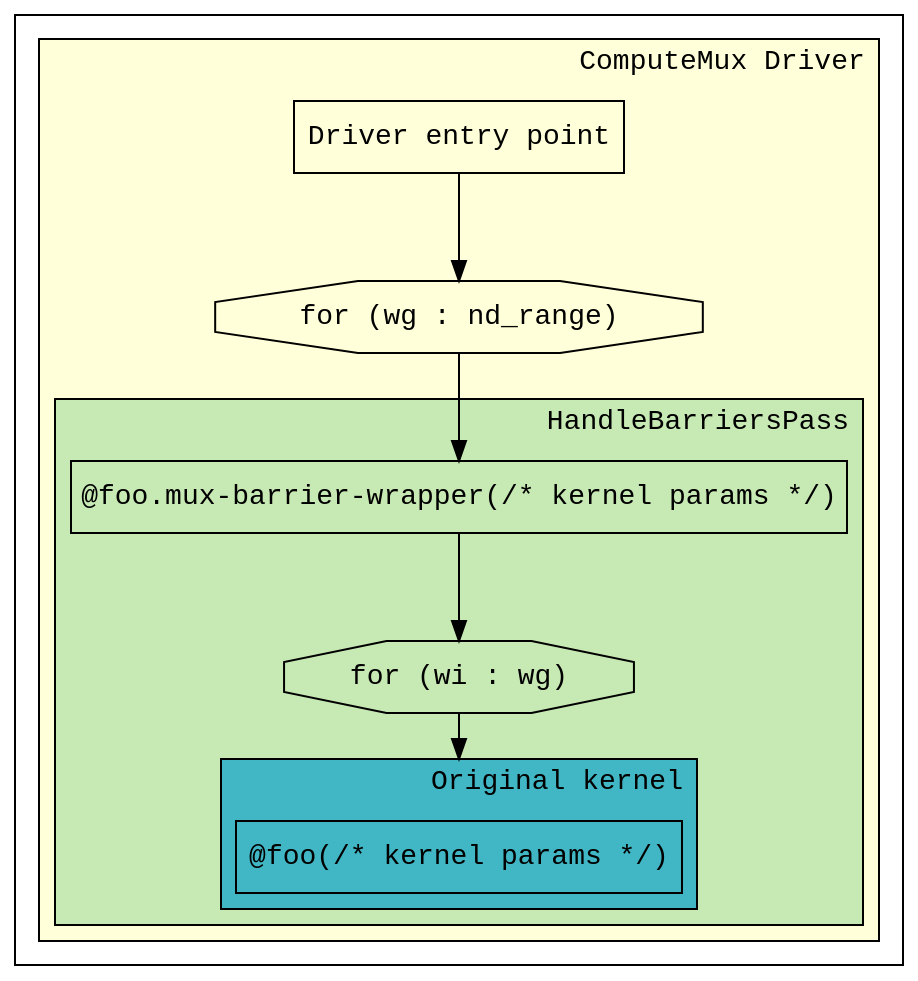
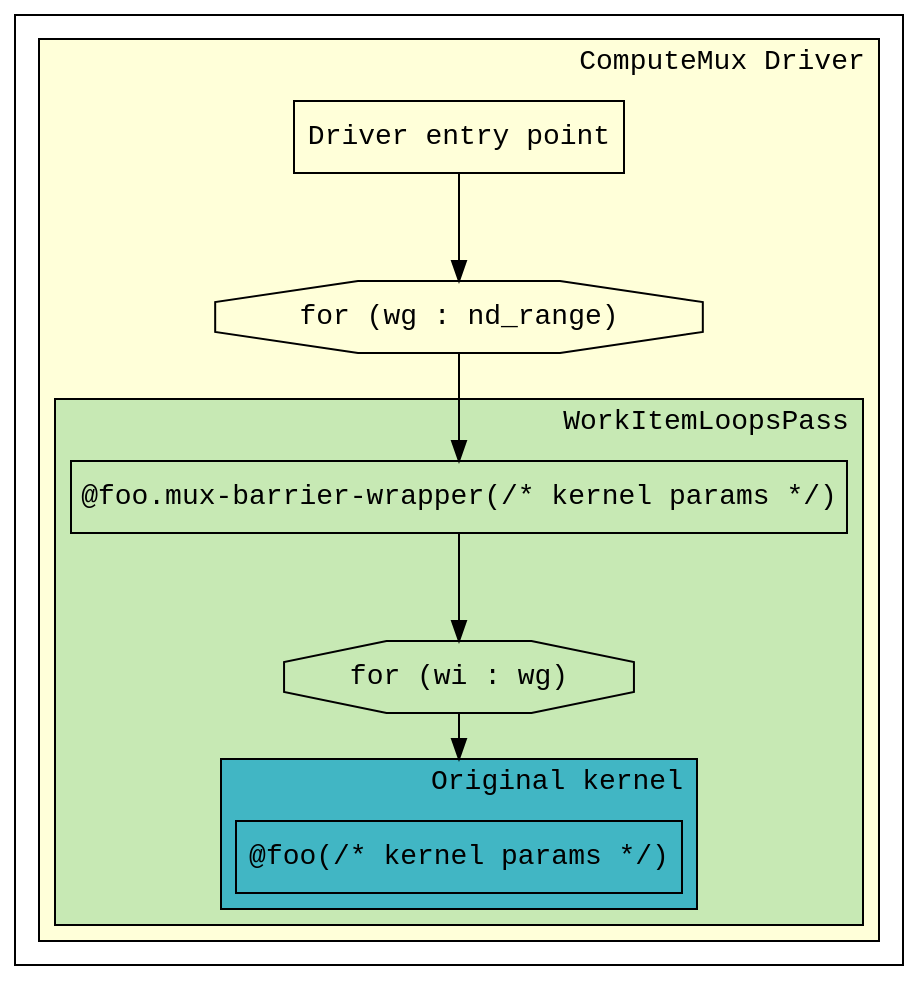
The first of 5 diagrams in llvm/lib/SYCLNativeCPUUtils/compiler_passes/compiler_pipeline/docs/overview.rst (coldav/oneapi-construction-kit), drawn with Graphviz before and after one commit. The commit also changed other lines of this file and 2 other files, not shown here.

First line of the commit message:
[compiler] Rename HandleBarriersPass -> WorkItemLoopsPass

```diff
--- a/llvm/lib/SYCLNativeCPUUtils/compiler_passes/compiler_pipeline/docs/overview.rst
+++ b/llvm/lib/SYCLNativeCPUUtils/compiler_passes/compiler_pipeline/docs/overview.rst
@@ -47,65 +47,65 @@
 .. graphviz::
   :name: ComputeMux Compiler Execution Model Overview
   :caption: Overview of the passes involved in handling the kernel execution model
 
   digraph ExecutionModel {
     ranksep=0.75
     compound = true;
     graph [colorscheme=ylgnbu9];
 
     graph [fontname = "Courier New"];
     node [fontname = "Courier New"];
     edge [fontname = "Courier New"];
 
     Driver [
       shape = box;
       label = "Driver entry point";
     ];
     BarrierWrapper [
       shape = box;
       label = "@foo.mux-barrier-wrapper(/* kernel params */)";
     ];
     OrigKernel [
       shape = box;
       label = "@foo(/* kernel params */)";
     ];
 
     Link1 [
       shape = octagon;
       label = "for (wg : nd_range)";
     ]
     Link2 [
       shape = octagon;
       label = "for (wi : wg)";
     ]
 
     subgraph cluster_driver {
       bgcolor=1
       label="ComputeMux Driver";
       labeljust=r
 
       Driver;
       Link1;
 
       subgraph cluster_barrier_wrapper {
         bgcolor=3
-        label="HandleBarriersPass";
+        label="WorkItemLoopsPass";
         labeljust=r
 
         BarrierWrapper;
         Link2;
 
         subgraph cluster_foo {
           bgcolor=5
           label="Original kernel";
 
           OrigKernel;
         }
       }
     }
 
     Driver -> Link1
     Link1 -> BarrierWrapper
     BarrierWrapper -> Link2
     Link2 -> OrigKernel [lhead=cluster_foo]
   }
```
